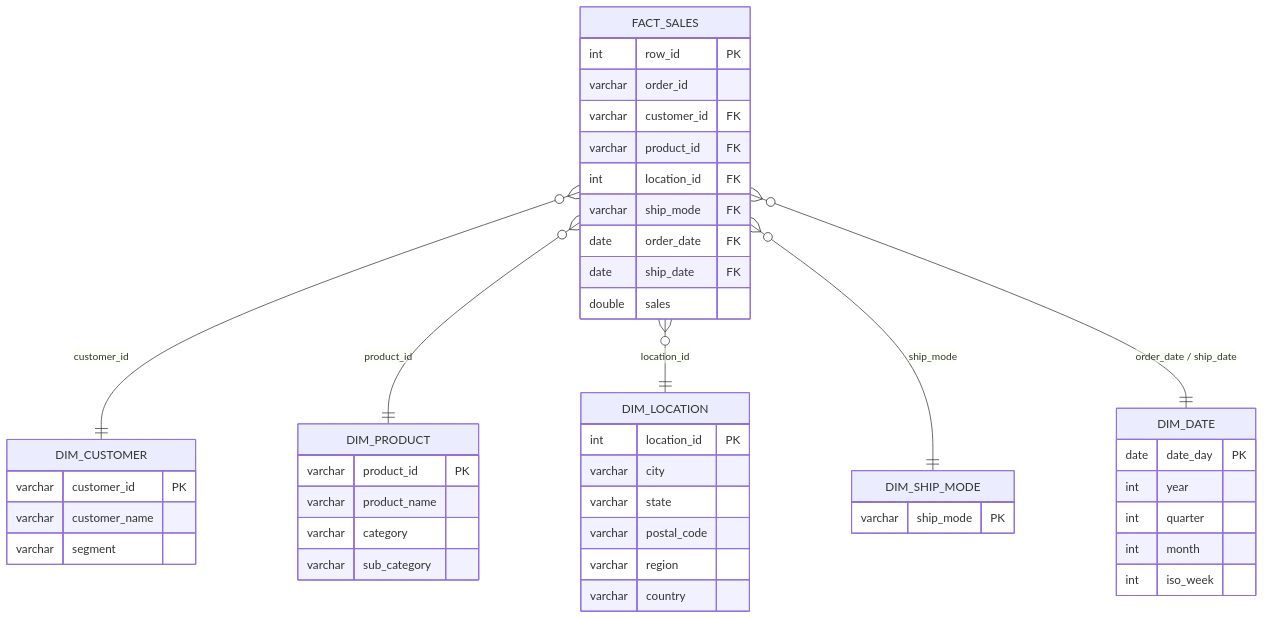
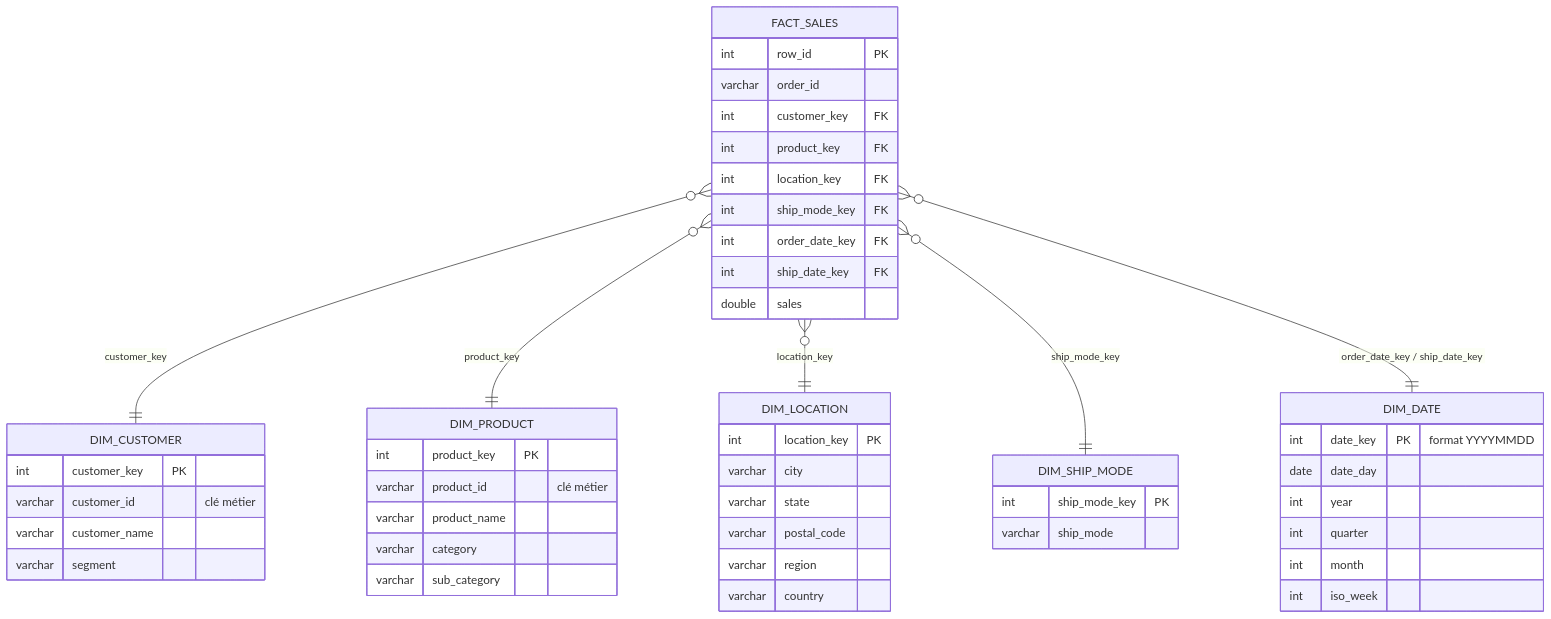
One commit to karim9191804/superstore-sql-analytics changed the diagram in README.md. Above: the diagram before and after it, drawn with Mermaid. The commit also changed other lines of this file and 13 other files, not shown here.

````diff
--- a/README.md
+++ b/README.md
@@ -50,49 +50,53 @@
 ```mermaid
 erDiagram
     FACT_SALES {
         int row_id PK
         varchar order_id
-        varchar customer_id FK
-        varchar product_id FK
-        int location_id FK
-        varchar ship_mode FK
-        date order_date FK
-        date ship_date FK
+        int customer_key FK
+        int product_key FK
+        int location_key FK
+        int ship_mode_key FK
+        int order_date_key FK
+        int ship_date_key FK
         double sales
     }
     DIM_CUSTOMER {
-        varchar customer_id PK
+        int customer_key PK
+        varchar customer_id "clé métier"
         varchar customer_name
         varchar segment
     }
     DIM_PRODUCT {
-        varchar product_id PK
+        int product_key PK
+        varchar product_id "clé métier"
         varchar product_name
         varchar category
         varchar sub_category
     }
     DIM_LOCATION {
-        int location_id PK
+        int location_key PK
         varchar city
         varchar state
         varchar postal_code
         varchar region
         varchar country
     }
     DIM_SHIP_MODE {
-        varchar ship_mode PK
+        int ship_mode_key PK
+        varchar ship_mode
     }
     DIM_DATE {
-        date date_day PK
+        int date_key PK "format YYYYMMDD"
+        date date_day
         int year
         int quarter
         int month
         int iso_week
     }
 
-    FACT_SALES }o--|| DIM_CUSTOMER : customer_id
-    FACT_SALES }o--|| DIM_PRODUCT : product_id
-    FACT_SALES }o--|| DIM_LOCATION : location_id
-    FACT_SALES }o--|| DIM_SHIP_MODE : ship_mode
-    FACT_SALES }o--|| DIM_DATE : "order_date / ship_date"
+    FACT_SALES }o--|| DIM_CUSTOMER : customer_key
+    FACT_SALES }o--|| DIM_PRODUCT : product_key
+    FACT_SALES }o--|| DIM_LOCATION : location_key
+    FACT_SALES }o--|| DIM_SHIP_MODE : ship_mode_key
+    FACT_SALES }o--|| DIM_DATE : "order_date_key / ship_date_key"
 ```
````
